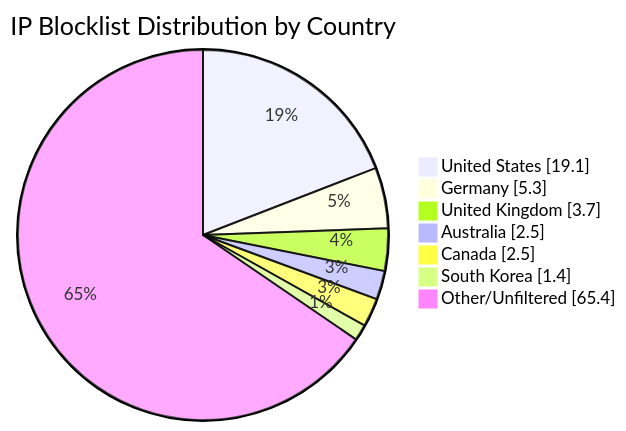
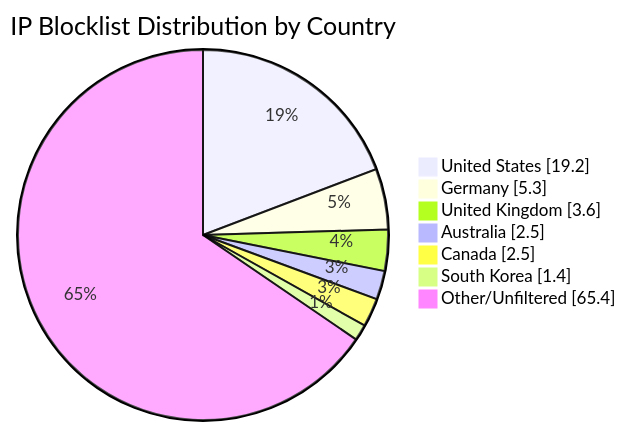
Before and after one commit to MarcusHoltz/ipblocklist-geofiltered-aggregator: the diagram in README.md, drawn with Mermaid. The commit also changed other lines of this file and 9 other files, not shown here.

````diff
--- a/README.md
+++ b/README.md
@@ -34,10 +34,10 @@
 ```mermaid
 pie showData title IP Blocklist Distribution by Country
-"United States" : 19.1
+"United States" : 19.2
 "Germany" : 5.3
-"United Kingdom" : 3.7
+"United Kingdom" : 3.6
 "Australia" : 2.5
 "Canada" : 2.5
 "South Korea" : 1.4
 "Other/Unfiltered" : 65.4
 ```
````
